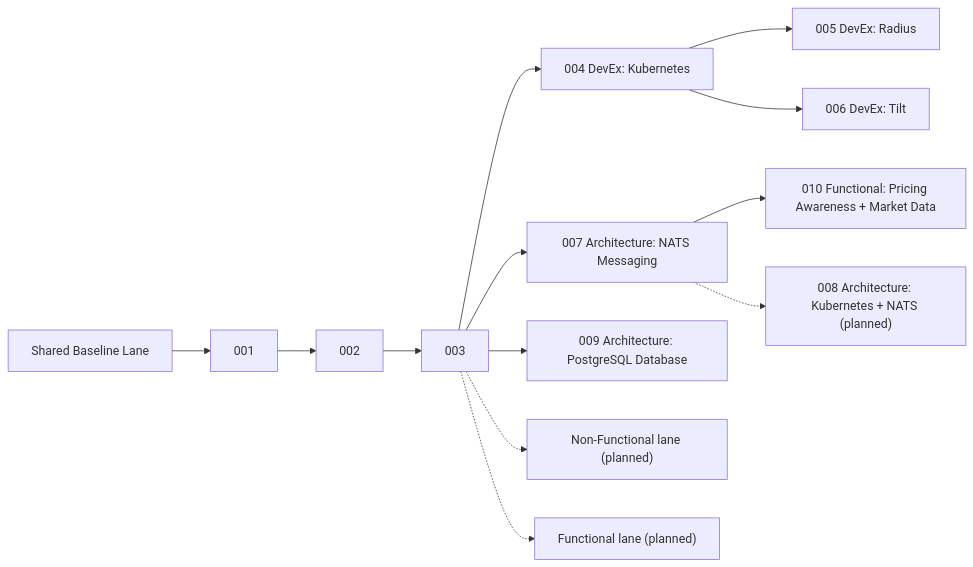
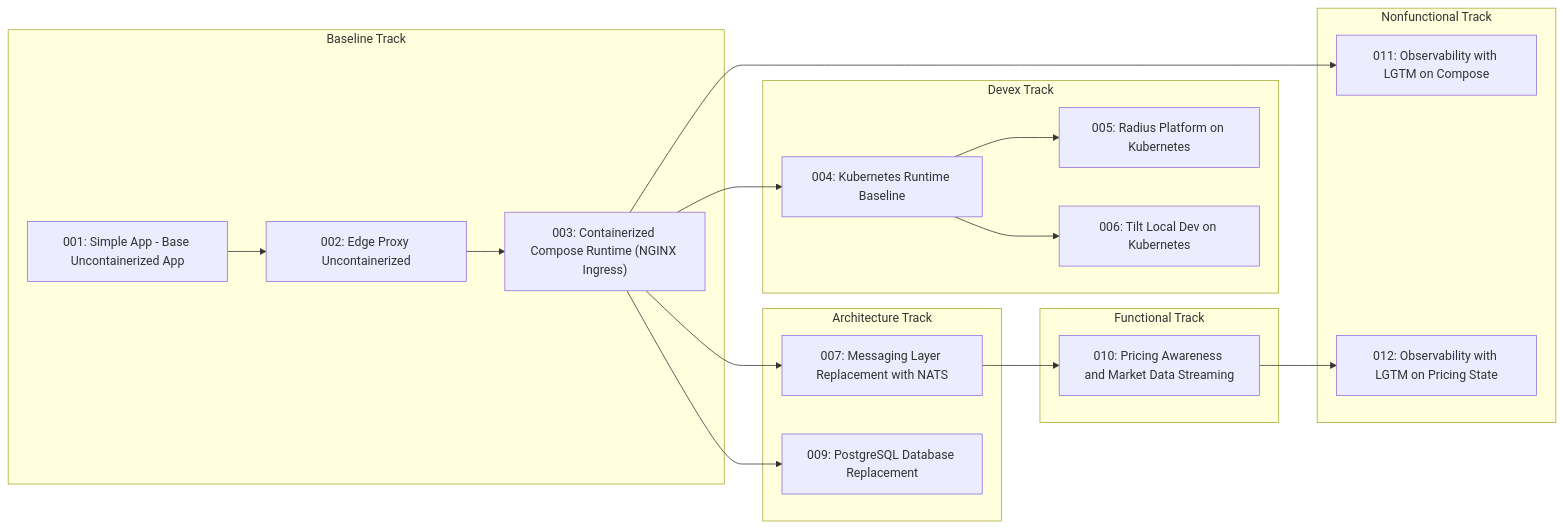
One commit to finos/traderX changed the second of 2 diagrams in docs/spec-kit/visual-learning-graphs.md. Above: the diagram before and after it, drawn with Mermaid. The commit also changed other lines of this file and 64 other files, not shown here.

Commit message:
spec: add observability states 011/012 with LGTM overlays and state-doc sync playbook

````diff
--- a/docs/spec-kit/visual-learning-graphs.md
+++ b/docs/spec-kit/visual-learning-graphs.md
@@ -50,18 +65,34 @@
 ```mermaid
 flowchart LR
-  B["Shared Baseline Lane"] --> S001["001"]
-  S001 --> S002["002"]
-  S002 --> S003["003"]
-
-  S003 --> D4["004 DevEx: Kubernetes"]
-  D4 --> D5["005 DevEx: Radius"]
-  D4 --> D6["006 DevEx: Tilt"]
-
-  S003 --> A7["007 Architecture: NATS Messaging"]
-  S003 --> A9["009 Architecture: PostgreSQL Database"]
-  A7 --> F10["010 Functional: Pricing Awareness + Market Data"]
-  A7 -.-> A8["008 Architecture: Kubernetes + NATS (planned)"]
-
-  S003 -.-> N1["Non-Functional lane (planned)"]
-  S003 -.-> F1["Functional lane (planned)"]
+  subgraph BASELINE["Baseline Track"]
+    S001_baseline_uncontainerized_parity["001: Simple App - Base Uncontainerized App"]
+    S002_edge_proxy_uncontainerized["002: Edge Proxy Uncontainerized"]
+    S003_containerized_compose_runtime["003: Containerized Compose Runtime (NGINX Ingress)"]
+  end
+  subgraph DEVEX["Devex Track"]
+    S004_kubernetes_runtime["004: Kubernetes Runtime Baseline"]
+    S005_radius_kubernetes_platform["005: Radius Platform on Kubernetes"]
+    S006_tilt_kubernetes_dev_loop["006: Tilt Local Dev on Kubernetes"]
+  end
+  subgraph ARCHITECTURE["Architecture Track"]
+    S007_messaging_nats_replacement["007: Messaging Layer Replacement with NATS"]
+    S009_postgres_database_replacement["009: PostgreSQL Database Replacement"]
+  end
+  subgraph FUNCTIONAL["Functional Track"]
+    S010_pricing_awareness_market_data["010: Pricing Awareness and Market Data Streaming"]
+  end
+  subgraph NONFUNCTIONAL["Nonfunctional Track"]
+    S011_observability_lgtm_compose["011: Observability with LGTM on Compose"]
+    S012_observability_on_pricing["012: Observability with LGTM on Pricing State"]
+  end
+  S001_baseline_uncontainerized_parity --> S002_edge_proxy_uncontainerized
+  S002_edge_proxy_uncontainerized --> S003_containerized_compose_runtime
+  S003_containerized_compose_runtime --> S004_kubernetes_runtime
+  S004_kubernetes_runtime --> S005_radius_kubernetes_platform
+  S004_kubernetes_runtime --> S006_tilt_kubernetes_dev_loop
+  S003_containerized_compose_runtime --> S007_messaging_nats_replacement
+  S003_containerized_compose_runtime --> S009_postgres_database_replacement
+  S007_messaging_nats_replacement --> S010_pricing_awareness_market_data
+  S003_containerized_compose_runtime --> S011_observability_lgtm_compose
+  S010_pricing_awareness_market_data --> S012_observability_on_pricing
 ```
````
